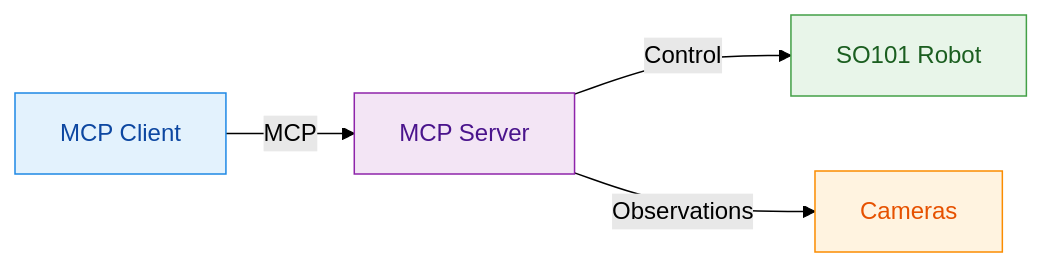
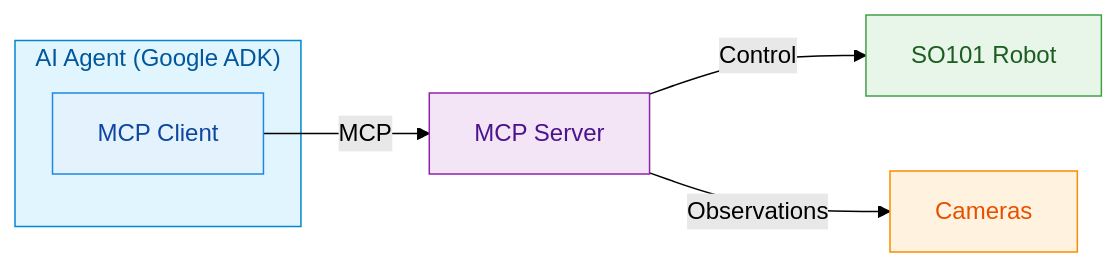
The diagram in mcp/docs/design.md (tinjyuu/lerobot), drawn with Mermaid (forest theme) before and after one commit. The commit also changed other lines of this file and 1 other file, not shown here.

Commit message:
feat(mcp): add move_to_rest_position function to control SO101 robot's arm positioning

````diff
--- a/mcp/docs/design.md
+++ b/mcp/docs/design.md
@@ -5,16 +5,21 @@
 ```mermaid
 flowchart LR
-    Client["MCP Client"] -->|MCP| Server["MCP Server"]
+    subgraph AIAgent["AI Agent (Google ADK)"]
+        Client["MCP Client"]
+    end
+    Client -->|MCP| Server["MCP Server"]
     Server -->|Control| SO101["SO101 Robot"]
     Server -->|Observations| Cameras["Cameras"]
 
     classDef client fill:#E3F2FD,stroke:#1E88E5,stroke-width:1px,color:#0D47A1
     classDef server fill:#F3E5F5,stroke:#8E24AA,stroke-width:1px,color:#4A148C
     classDef robot fill:#E8F5E9,stroke:#43A047,stroke-width:1px,color:#1B5E20
     classDef cameras fill:#FFF3E0,stroke:#FB8C00,stroke-width:1px,color:#E65100
+    classDef ai fill:#E1F5FE,stroke:#0288D1,stroke-width:1px,color:#01579B
 
+    class AIAgent ai
     class Client client
     class Server server
     class SO101 robot
     class Cameras cameras
 ```
````
